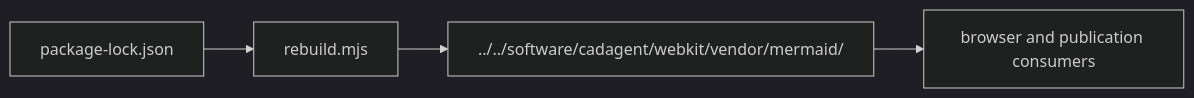
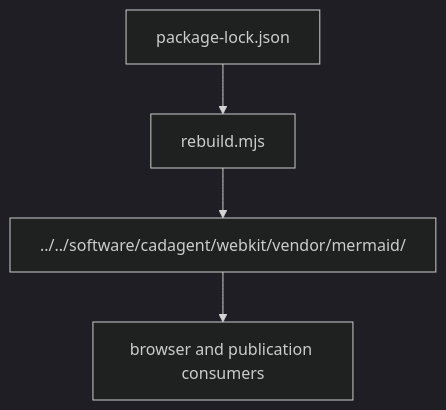
Before and after one commit to Valpatel/cad-agent: the diagram in tools/mermaid/README.md, drawn with Mermaid (dark theme). The commit also changed other lines of this file and 26 other files, not shown here.

Commit message:
docs(repo): make published folder diagrams readable across screen sizes

````diff
--- a/tools/mermaid/README.md
+++ b/tools/mermaid/README.md
@@ -7,6 +9,10 @@
 ```mermaid
-flowchart LR
-    L["package-lock.json"] --> P["rebuild.mjs"]
-    P --> B["../../software/cadagent/webkit/vendor/mermaid/"]
-    B --> C["browser and publication consumers"]
+flowchart TD
+    L["package-lock.json"]
+    P["rebuild.mjs"]
+    B["../../software/cadagent/webkit/vendor/mermaid/"]
+    C["browser and publication consumers"]
+    L --> P
+    P --> B
+    B --> C
 ```
````
